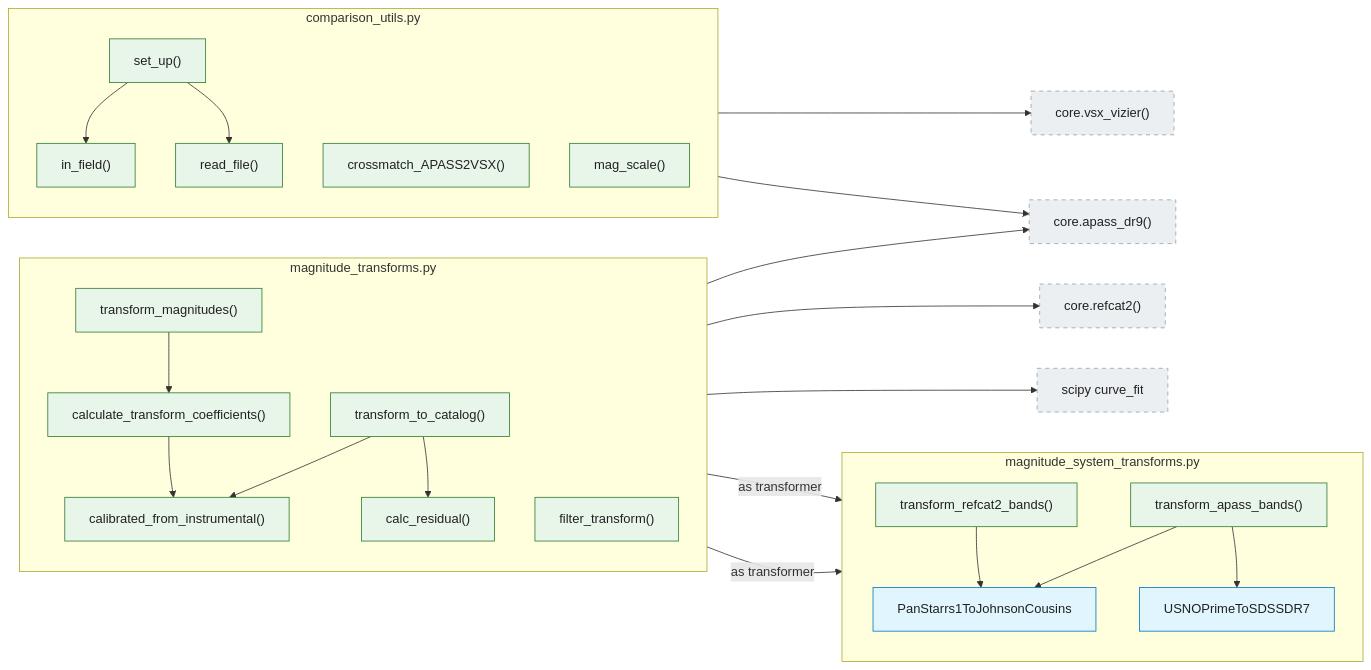
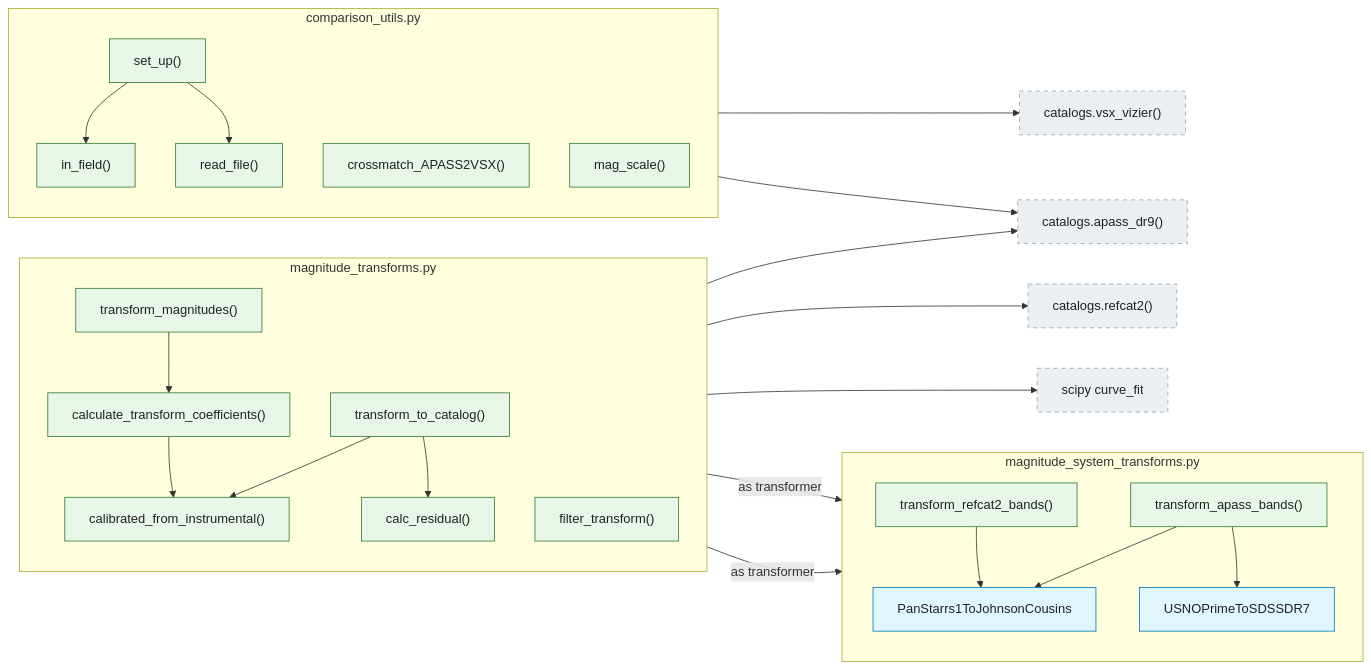
One commit to feder-observatory/stellarphot changed diagram 15 of 16 in docs/diagrams-04-call-graphs.md. Above: the diagram before and after it, drawn with Mermaid. The commit also changed other lines of this file and 12 other files, not shown here.

First line of the commit message:
Split catalog fetchers out of core.py into catalogs.py (#194)

````diff
--- a/docs/diagrams-04-call-graphs.md
+++ b/docs/diagrams-04-call-graphs.md
@@ -883,75 +883,75 @@
 ```mermaid
 flowchart LR
     classDef cls fill:#e1f5fe,stroke:#0277bd,color:#212121
     classDef fn fill:#e8f5e9,stroke:#2e7d32,color:#212121
     classDef external fill:#eceff1,stroke:#90a4ae,stroke-dasharray: 5 5,color:#212121
 
     subgraph sg_mag["magnitude_transforms.py"]
         direction TB
         t2c["transform_to_catalog()"]:::fn
         tmags["transform_magnitudes()"]:::fn
         ctc["calculate_transform_coefficients()"]:::fn
         cfi["calibrated_from_instrumental()"]:::fn
         resid["calc_residual()"]:::fn
         ftrans["filter_transform()"]:::fn
     end
 
     subgraph sg_sys["magnitude_system_transforms.py"]
         direction TB
         tab["transform_apass_bands()"]:::fn
         trb["transform_refcat2_bands()"]:::fn
         ps1["PanStarrs1ToJohnsonCousins"]:::cls
         usno["USNOPrimeToSDSSDR7"]:::cls
     end
 
     subgraph sg_comp["comparison_utils.py"]
         direction TB
         setup["set_up()"]:::fn
         xmatch["crossmatch_APASS2VSX()"]:::fn
         magscale["mag_scale()"]:::fn
         infield["in_field()"]:::fn
         readfile["read_file()"]:::fn
     end
 
-    apass["core.apass_dr9()"]:::external
-    refcat["core.refcat2()"]:::external
-    vsx["core.vsx_vizier()"]:::external
+    apass["catalogs.apass_dr9()"]:::external
+    refcat["catalogs.refcat2()"]:::external
+    vsx["catalogs.vsx_vizier()"]:::external
     curvefit["scipy curve_fit"]:::external
 
     t2c --> apass
     t2c --> refcat
     t2c -->|"as transformer"| tab
     t2c -->|"as transformer"| trb
     t2c --> curvefit
     t2c --> cfi
     t2c --> resid
     tmags --> ctc
     ctc --> cfi
     tab --> ps1
     trb --> ps1
     tab --> usno
 
     setup --> vsx
     setup --> infield
     setup --> readfile
     xmatch --> apass
 
     click t2c href "../stellarphot/utils/magnitude_transforms.py" "magnitude_transforms.py"
     click tmags href "../stellarphot/utils/magnitude_transforms.py" "magnitude_transforms.py"
     click ctc href "../stellarphot/utils/magnitude_transforms.py" "magnitude_transforms.py"
     click cfi href "../stellarphot/utils/magnitude_transforms.py" "magnitude_transforms.py"
     click resid href "../stellarphot/utils/magnitude_transforms.py" "magnitude_transforms.py"
     click ftrans href "../stellarphot/utils/magnitude_transforms.py" "magnitude_transforms.py"
     click tab href "../stellarphot/utils/magnitude_system_transforms.py" "magnitude_system_transforms.py"
     click trb href "../stellarphot/utils/magnitude_system_transforms.py" "magnitude_system_transforms.py"
     click ps1 href "../stellarphot/utils/magnitude_system_transforms.py" "magnitude_system_transforms.py"
     click usno href "../stellarphot/utils/magnitude_system_transforms.py" "magnitude_system_transforms.py"
     click setup href "../stellarphot/utils/comparison_utils.py" "comparison_utils.py"
     click xmatch href "../stellarphot/utils/comparison_utils.py" "comparison_utils.py"
     click magscale href "../stellarphot/utils/comparison_utils.py" "comparison_utils.py"
     click infield href "../stellarphot/utils/comparison_utils.py" "comparison_utils.py"
     click readfile href "../stellarphot/utils/comparison_utils.py" "comparison_utils.py"
-    click apass href "../stellarphot/core.py" "core.py"
-    click refcat href "../stellarphot/core.py" "core.py"
-    click vsx href "../stellarphot/core.py" "core.py"
+    click apass href "../stellarphot/catalogs.py" "catalogs.py"
+    click refcat href "../stellarphot/catalogs.py" "catalogs.py"
+    click vsx href "../stellarphot/catalogs.py" "catalogs.py"
 ```
````
